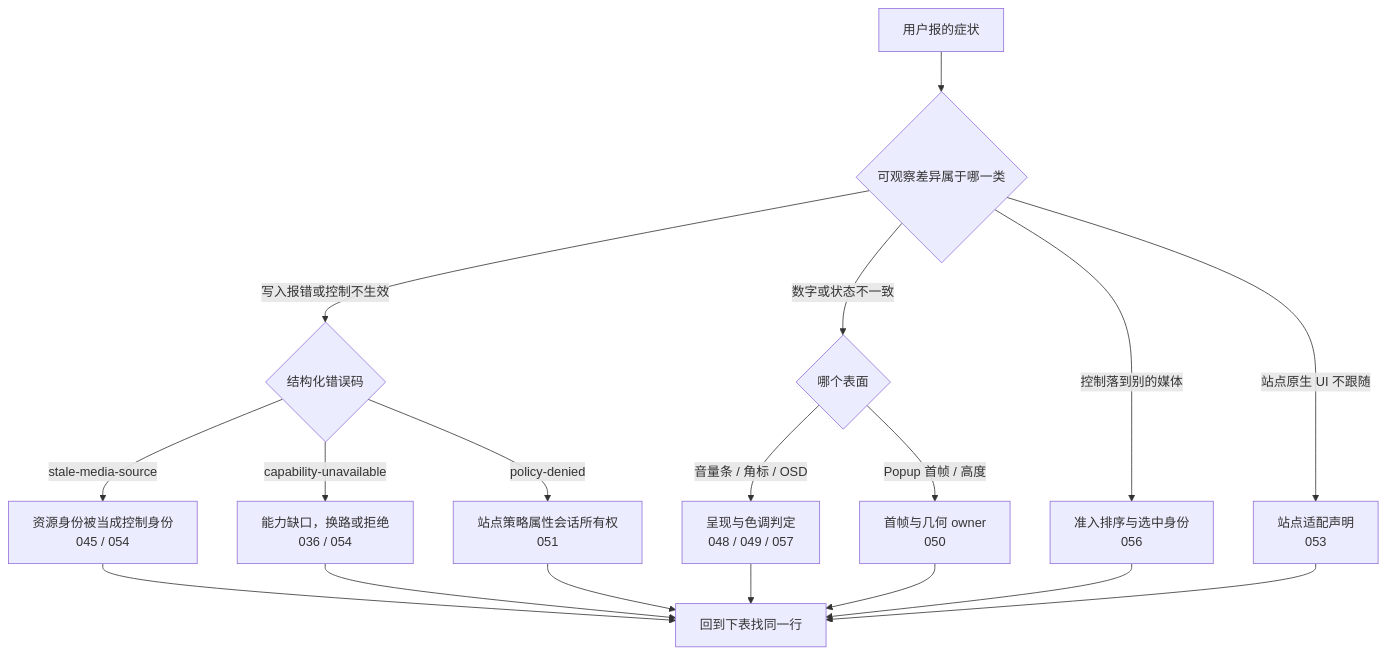
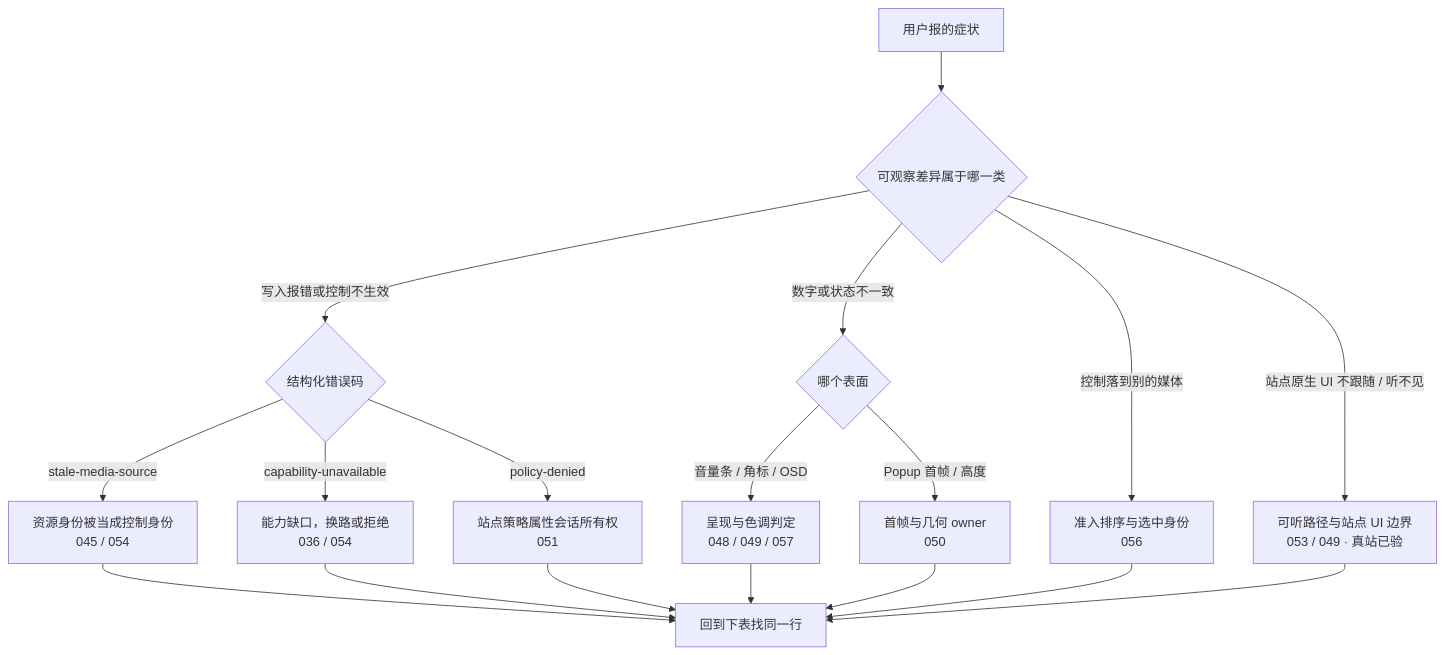
Before and after one commit to QzCrane/nexus: the diagram in nexus/apps/extension-spectra/docs/control/09-failure-index.md, drawn with Mermaid. The commit also changed other lines of this file and 10 other files, not shown here.

````diff
--- a/nexus/apps/extension-spectra/docs/control/09-failure-index.md
+++ b/nexus/apps/extension-spectra/docs/control/09-failure-index.md
@@ -34,20 +34,20 @@
 ```mermaid
 flowchart TD
   Symptom["用户报的症状"] --> Kind{"可观察差异属于哪一类"}
   Kind -->|"写入报错或控制不生效"| Code{"结构化错误码"}
   Code -->|"stale-media-source"| A["资源身份被当成控制身份<br/>045 / 054"]
   Code -->|"capability-unavailable"| B["能力缺口，换路或拒绝<br/>036 / 054"]
   Code -->|"policy-denied"| C["站点策略属性会话所有权<br/>051"]
   Kind -->|"数字或状态不一致"| Surface{"哪个表面"}
   Surface -->|"音量条 / 角标 / OSD"| D["呈现与色调判定<br/>048 / 049 / 057"]
   Surface -->|"Popup 首帧 / 高度"| E["首帧与几何 owner<br/>050"]
   Kind -->|"控制落到别的媒体"| F["准入排序与选中身份<br/>056"]
-  Kind -->|"站点原生 UI 不跟随"| G["站点适配声明<br/>053"]
+  Kind -->|"站点原生 UI 不跟随 / 听不见"| G["可听路径与站点 UI 边界<br/>053 / 049 · 真站已验"]
   A --> Row["回到下表找同一行"]
   B --> Row
   C --> Row
   D --> Row
   E --> Row
   F --> Row
   G --> Row
 ```
````
